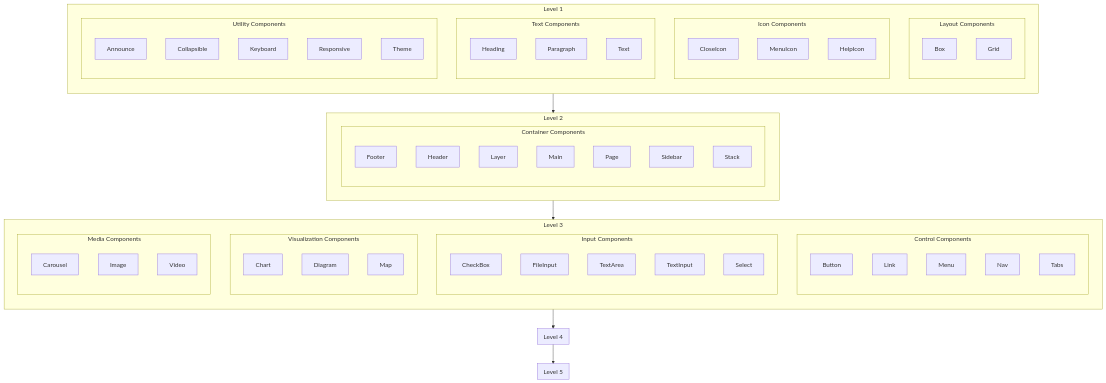
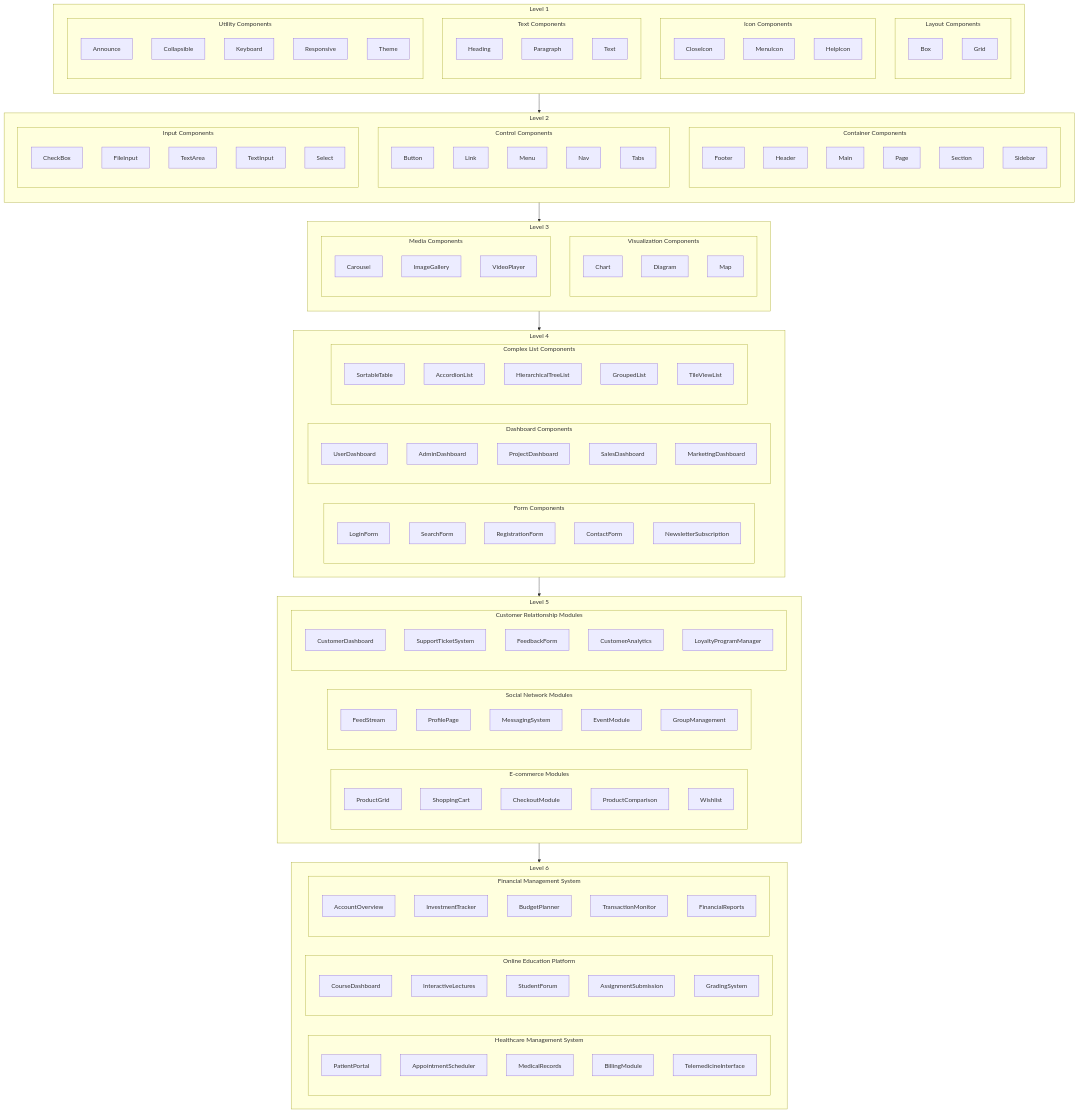
One commit to cliffpyles/docs changed the diagram in public/content/component-hierarchy.md. Above: the diagram before and after it, drawn with Mermaid. The commit also changed other lines of this file, not shown here.

Commit message:
Add content for component hierarchy

````diff
--- a/public/content/component-hierarchy.md
+++ b/public/content/component-hierarchy.md
@@ -32,21 +32,16 @@
 end
 
 subgraph Level2["Level 2"]
-    direction LR
+    direction TB
     subgraph ContainerComponents["Container Components"]
         direction TB
         Footer
         Header
-        Layer
         Main
         Page
+        Section
         Sidebar
-        Stack
     end
-end
-
-subgraph Level3["Level 3"]
-    direction TB
     subgraph ControlComponents["Control Components"]
         direction TB
         Button
@@ -63,6 +58,10 @@
         TextInput
         Select
     end
+end
+
+subgraph Level3["Level 3"]
+    direction TB
     subgraph VisualizationComponents["Visualization Components"]
         direction TB
         Chart
@@ -72,18 +71,95 @@
     subgraph MediaComponents["Media Components"]
         direction TB
         Carousel
-        Image
-        Video
+        ImageGallery
+        VideoPlayer
     end
 end
 
 subgraph Level4["Level 4"]
     direction LR
+    subgraph FormComponents["Form Components"]
+        direction TB
+        LoginForm
+        SearchForm
+        RegistrationForm
+        ContactForm
+        NewsletterSubscription
+    end
+    subgraph DashboardComponents["Dashboard Components"]
+        direction TB
+        UserDashboard
+        AdminDashboard
+        ProjectDashboard
+        SalesDashboard
+        MarketingDashboard
+    end
+    subgraph ListComponents["Complex List Components"]
+        direction TB
+        SortableTable
+        AccordionList
+        HierarchicalTreeList
+        GroupedList
+        TileViewList
+    end
 end
 
 subgraph Level5["Level 5"]
     direction LR
+    subgraph ECommerceModules["E-commerce Modules"]
+        direction TB
+        ProductGrid
+        ShoppingCart
+        CheckoutModule
+        ProductComparison
+        Wishlist
+    end
+    subgraph SocialNetworkModules["Social Network Modules"]
+        direction TB
+        FeedStream
+        ProfilePage
+        MessagingSystem
+        EventModule
+        GroupManagement
+    end
+    subgraph CustomerRelationshipModules["Customer Relationship Modules"]
+        direction TB
+        CustomerDashboard
+        SupportTicketSystem
+        FeedbackForm
+        CustomerAnalytics
+        LoyaltyProgramManager
+    end
 end
 
-Level1 --> Level2 --> Level3 --> Level4 --> Level5
+subgraph Level6["Level 6"]
+    direction LR
+    subgraph HealthcareManagementSystem["Healthcare Management System"]
+        direction TB
+        PatientPortal
+        AppointmentScheduler
+        MedicalRecords
+        BillingModule
+        TelemedicineInterface
+    end
+    subgraph OnlineEducationPlatform["Online Education Platform"]
+        direction TB
+        CourseDashboard
+        InteractiveLectures
+        StudentForum
+        AssignmentSubmission
+        GradingSystem
+    end
+    subgraph FinancialManagementSystem["Financial Management System"]
+        direction TB
+        AccountOverview
+        InvestmentTracker
+        BudgetPlanner
+        TransactionMonitor
+        FinancialReports
+    end
+end
+
+
+Level1 --> Level2 --> Level3 --> Level4 --> Level5 --> Level6
 ```
````
